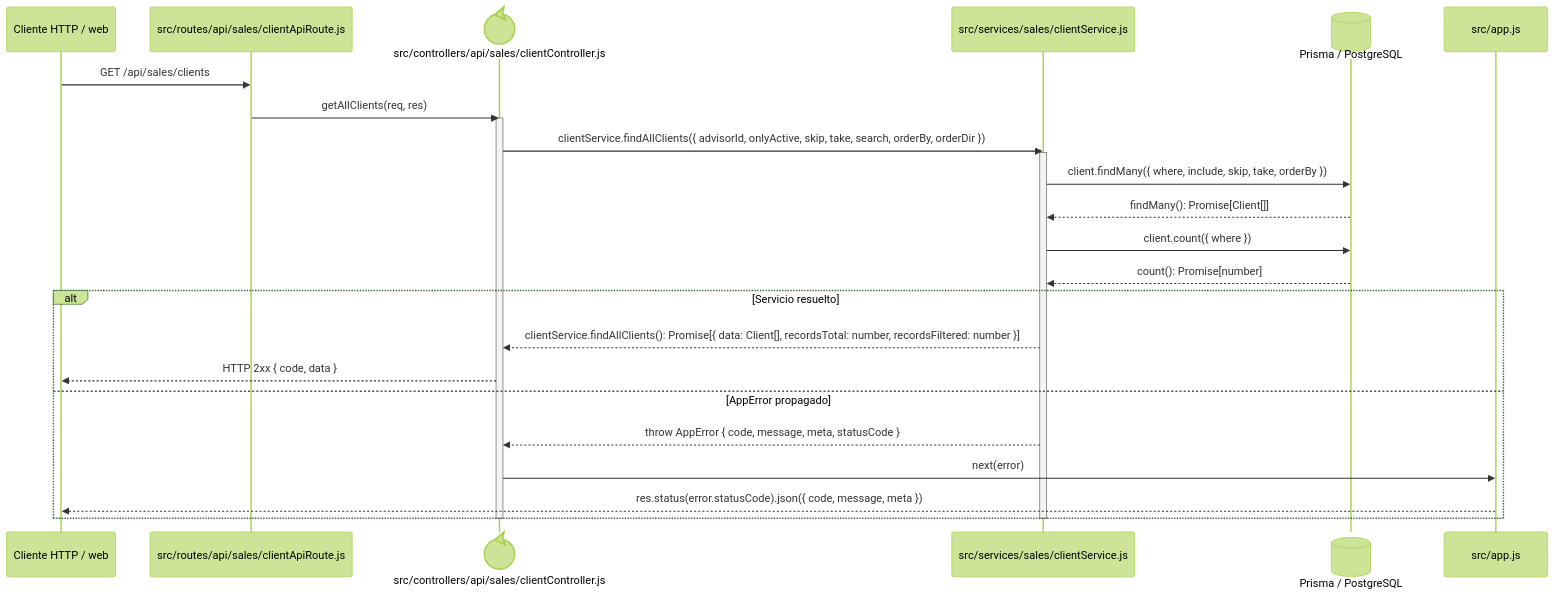
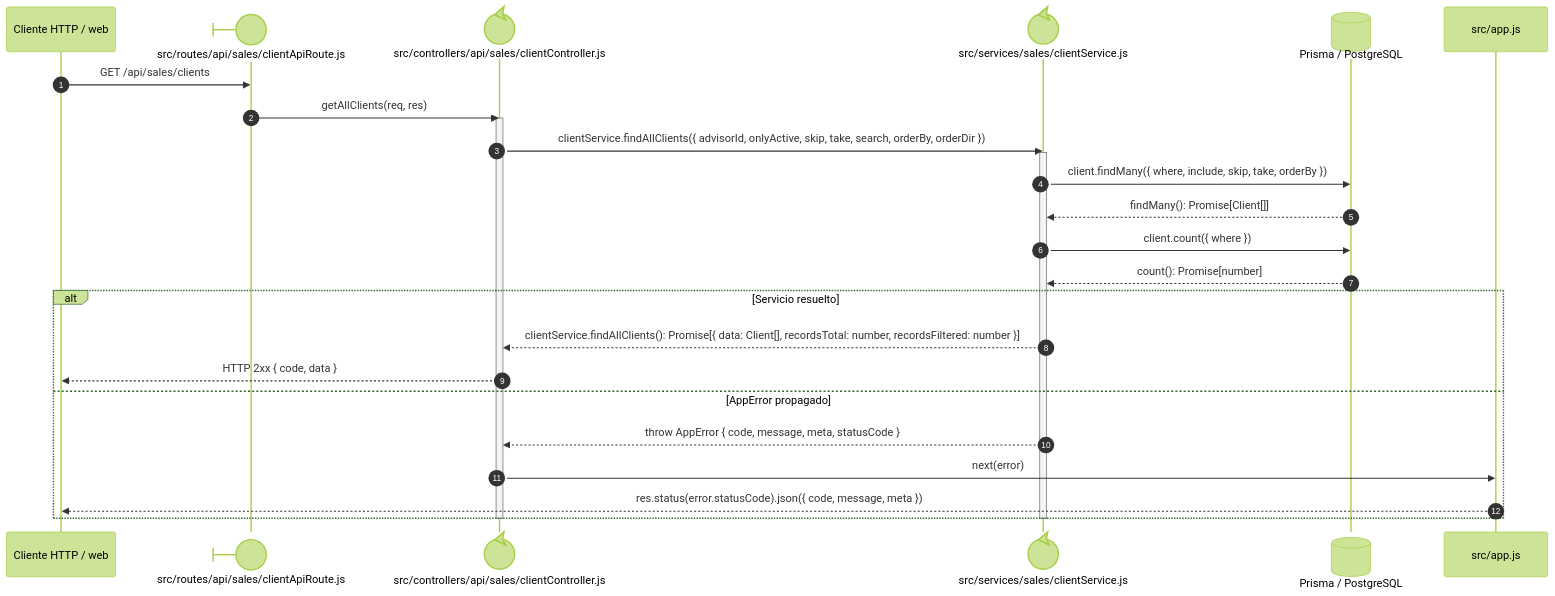
One commit to gpgsistemas01/nexus changed the diagram in docs/architecture/views/processes/backend-code-sequences/catalogs/cu-cat-05.md. Above: the diagram before and after it, drawn with Mermaid (forest theme). The commit also changed 198 other files, not shown here.

Commit message:
docs: mejorar notación UML y distribución de diagramas Mermaid

````diff
--- a/docs/architecture/views/processes/backend-code-sequences/catalogs/cu-cat-05.md
+++ b/docs/architecture/views/processes/backend-code-sequences/catalogs/cu-cat-05.md
@@ -6,29 +6,30 @@
 ```mermaid
 sequenceDiagram
+    autonumber
     participant Client as Cliente HTTP / web
-    participant Route as src/routes/api/sales/clientApiRoute.js
+    participant Route@{ "type": "boundary" } as src/routes/api/sales/clientApiRoute.js
     participant Controller@{ "type": "control" } as src/controllers/api/sales/clientController.js
-    participant Domain as src/services/sales/clientService.js
+    participant Domain@{ "type": "control" } as src/services/sales/clientService.js
     participant Prisma@{ "type": "database" } as Prisma / PostgreSQL
     participant ErrorHandler as src/app.js
 
     Client->>Route: GET /api/sales/clients
     Route->>Controller: getAllClients(req, res)
     activate Controller
     Controller->>Domain: clientService.findAllClients({ advisorId, onlyActive, skip, take, search, orderBy, orderDir })
     activate Domain
     Domain->>Prisma: client.findMany({ where, include, skip, take, orderBy })
     Prisma-->>Domain: findMany(): Promise[Client[]]
     Domain->>Prisma: client.count({ where })
     Prisma-->>Domain: count(): Promise[number]
     alt Servicio resuelto
         Domain-->>Controller: clientService.findAllClients(): Promise[{ data: Client[], recordsTotal: number, recordsFiltered: number }]
         Controller-->>Client: HTTP 2xx { code, data }
     else AppError propagado
         Domain-->>Controller: throw AppError { code, message, meta, statusCode }
         Controller->>ErrorHandler: next(error)
         ErrorHandler-->>Client: res.status(error.statusCode).json({ code, message, meta })
     end
     deactivate Domain
     deactivate Controller
 ```
````
